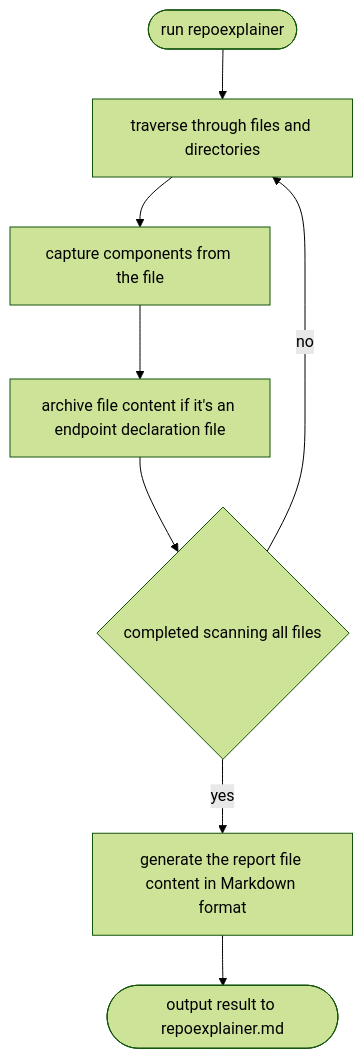
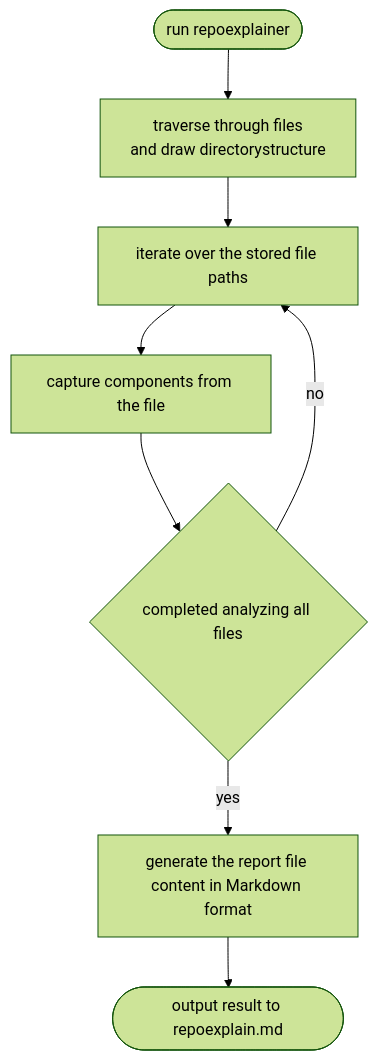
One commit to burwei/repoexplainer changed the diagram in README.md. Above: the diagram before and after it, drawn with Mermaid (forest theme). The commit also changed other lines of this file and 2 other files, not shown here.

````diff
--- a/README.md
+++ b/README.md
@@ -28,10 +10,10 @@
 ```mermaid
 flowchart TD
-    A(["run repoexplainer"]) --> B[traverse through files and directories]
-    B --> C[capture components from the file]
-    C --> D[archive file content if it's an endpoint declaration file]
-    D --> E{completed scanning all files}
-    E -->|no| B
+    A(["run repoexplainer"]) --> B[traverse through files<br>and draw directorystructure]
+    B --> C[iterate over the stored file paths]
+    C --> D[capture components from the file]
+    D --> E{completed analyzing all files}
+    E -->|no| C
     E -->|yes| F[generate the report file content in Markdown format]
-    F --> G(["output result to repoexplainer.md"])
+    F --> G(["output result to repoexplain.md"])
 ```
````
